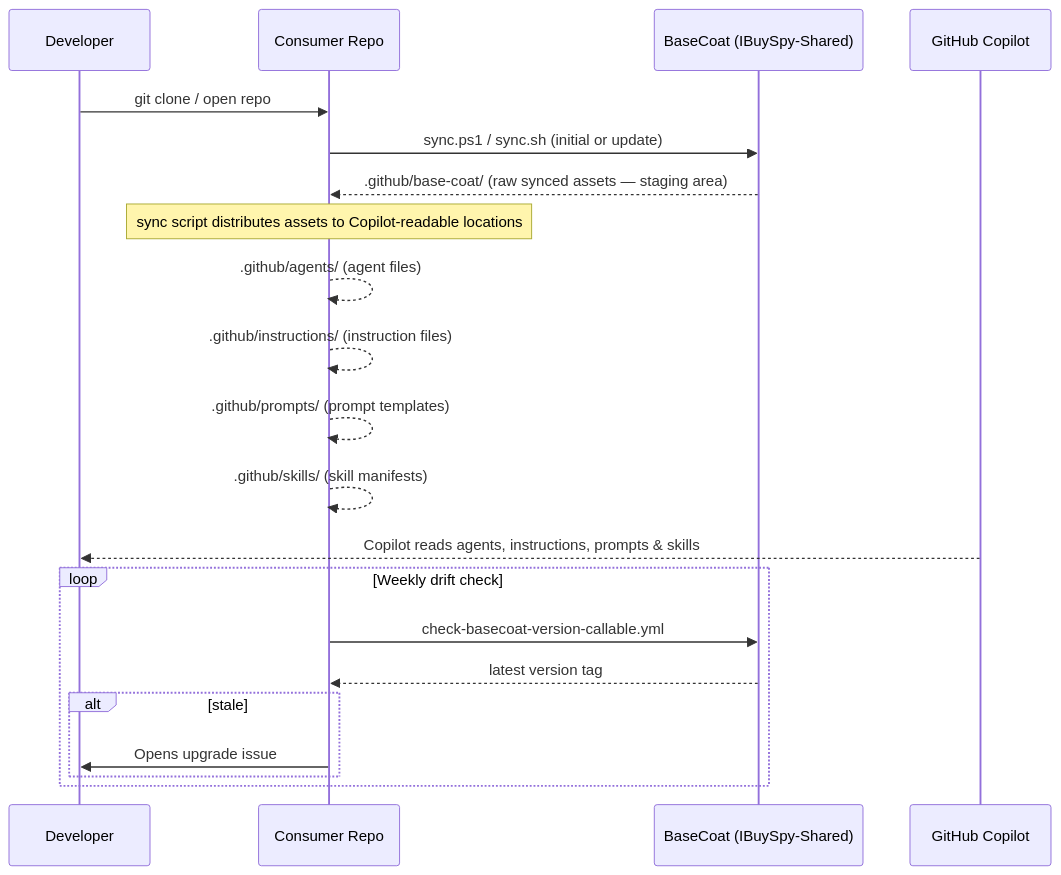
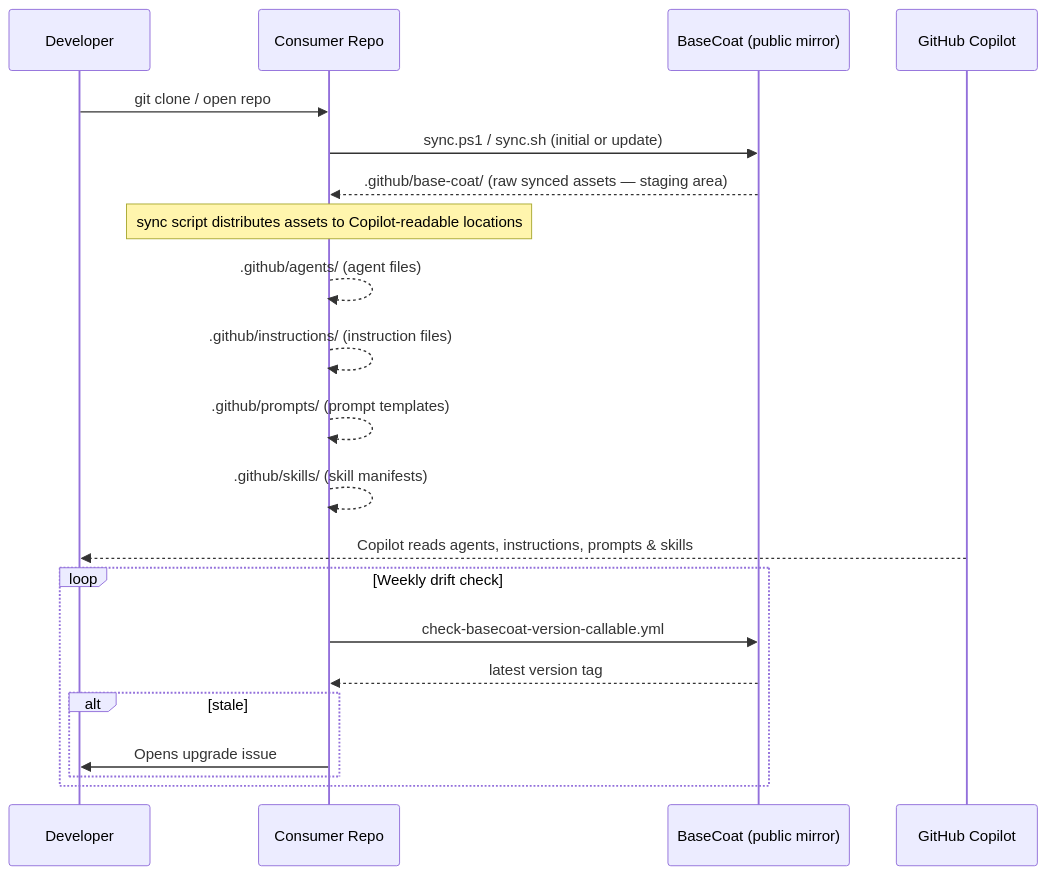
The third of 4 diagrams in docs/architecture/overview.md (ivegamsft/basecoat), drawn with Mermaid before and after one commit. The commit also changed other lines of this file and 125 other files, not shown here.

````diff
--- a/docs/architecture/overview.md
+++ b/docs/architecture/overview.md
@@ -65,25 +65,25 @@
 ```mermaid
 sequenceDiagram
     participant Dev as Developer
     participant CR as Consumer Repo
-    participant BC as BaseCoat (IBuySpy-Shared)
+    participant BC as BaseCoat (public mirror)
     participant CP as GitHub Copilot
 
     Dev->>CR: git clone / open repo
     CR->>BC: sync.ps1 / sync.sh (initial or update)
     BC-->>CR: .github/base-coat/ (raw synced assets — staging area)
     Note over CR: sync script distributes assets to Copilot-readable locations
     CR-->>CR: .github/agents/ (agent files)
     CR-->>CR: .github/instructions/ (instruction files)
     CR-->>CR: .github/prompts/ (prompt templates)
     CR-->>CR: .github/skills/ (skill manifests)
     CP-->>Dev: Copilot reads agents, instructions, prompts & skills
 
     loop Weekly drift check
         CR->>BC: check-basecoat-version-callable.yml
         BC-->>CR: latest version tag
         alt stale
             CR->>Dev: Opens upgrade issue
         end
     end
 ```
````
